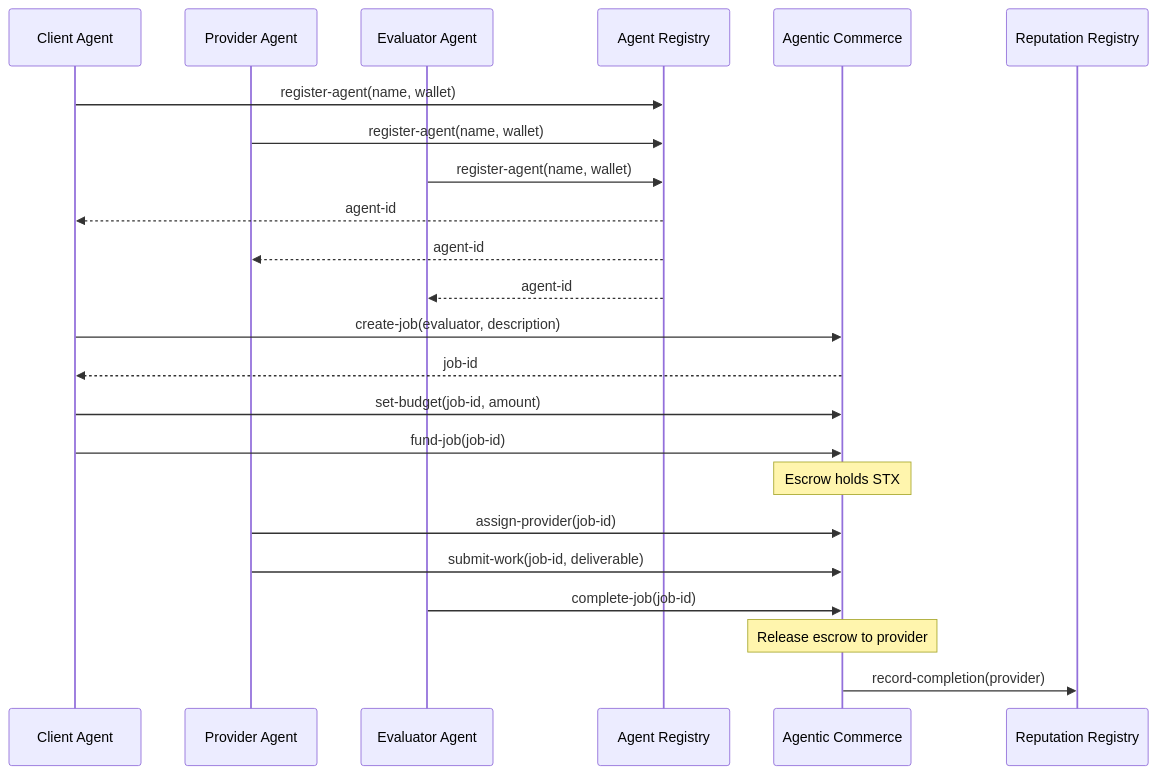
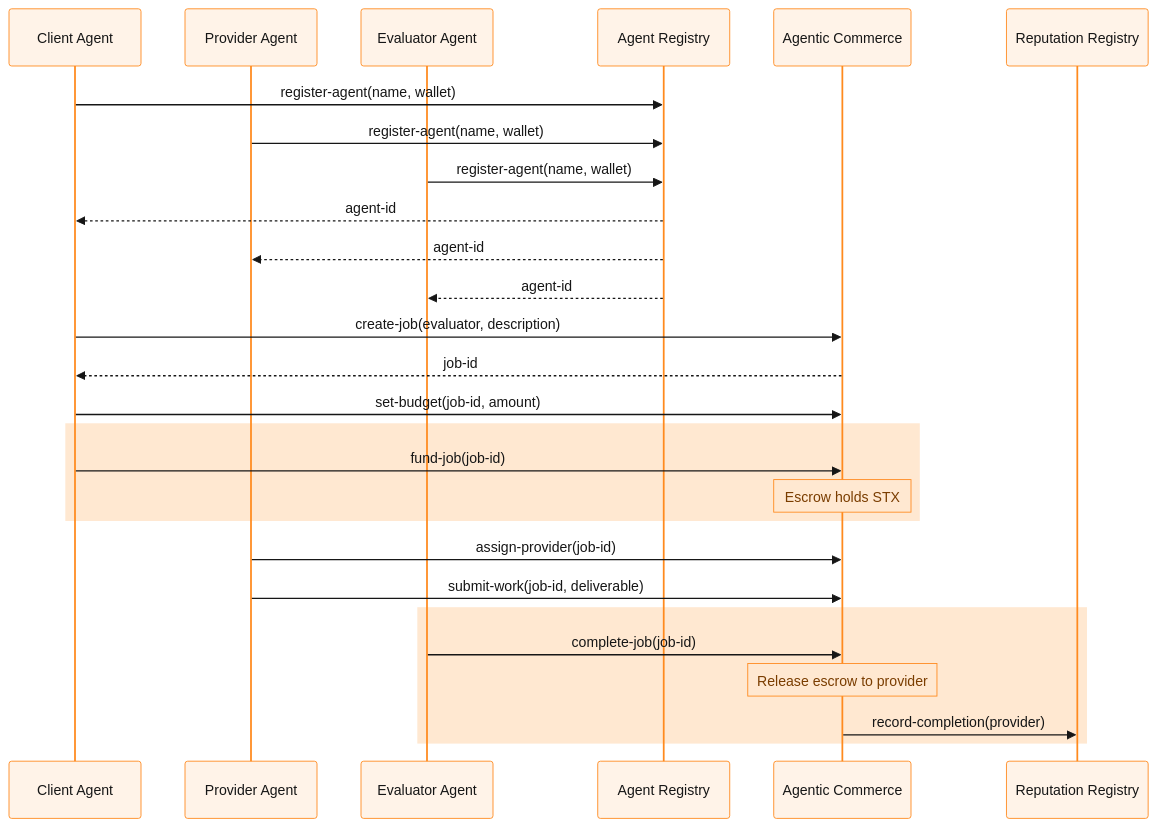
The second of 8 diagrams in README.md (PerkOS-xyz/Stacks-Agentic-Commerce), drawn with Mermaid before and after one commit. The commit also changed other lines of this file, not shown here.

First line of the commit message:
docs(readme): color mermaid diagrams with Stacks orange

````diff
--- a/README.md
+++ b/README.md
@@ -101,30 +112,35 @@
 ```mermaid
+%%{init: {'theme':'base','themeVariables':{'primaryColor':'#FFF3E8','primaryBorderColor':'#FF8A1E','primaryTextColor':'#161616','noteBkgColor':'#FFE8D1','noteTextColor':'#7A3D00','noteBorderColor':'#FF8A1E','actorBkg':'#FFF3E8','actorBorder':'#FF8A1E','actorTextColor':'#161616'}}}%%
 sequenceDiagram
     participant Client as Client Agent
     participant Provider as Provider Agent
     participant Evaluator as Evaluator Agent
     participant AR as Agent Registry
     participant AC as Agentic Commerce
     participant RR as Reputation Registry
 
     Client->>AR: register-agent(name, wallet)
     Provider->>AR: register-agent(name, wallet)
     Evaluator->>AR: register-agent(name, wallet)
     AR-->>Client: agent-id
     AR-->>Provider: agent-id
     AR-->>Evaluator: agent-id
 
     Client->>AC: create-job(evaluator, description)
     AC-->>Client: job-id
 
     Client->>AC: set-budget(job-id, amount)
-    Client->>AC: fund-job(job-id)
-    Note over AC: Escrow holds STX
+    rect rgb(255, 232, 209)
+        Client->>AC: fund-job(job-id)
+        Note over AC: Escrow holds STX
+    end
 
     Provider->>AC: assign-provider(job-id)
     Provider->>AC: submit-work(job-id, deliverable)
 
-    Evaluator->>AC: complete-job(job-id)
-    Note over AC: Release escrow to provider
-    AC->>RR: record-completion(provider)
+    rect rgb(255, 232, 209)
+        Evaluator->>AC: complete-job(job-id)
+        Note over AC: Release escrow to provider
+        AC->>RR: record-completion(provider)
+    end
 ```
````
